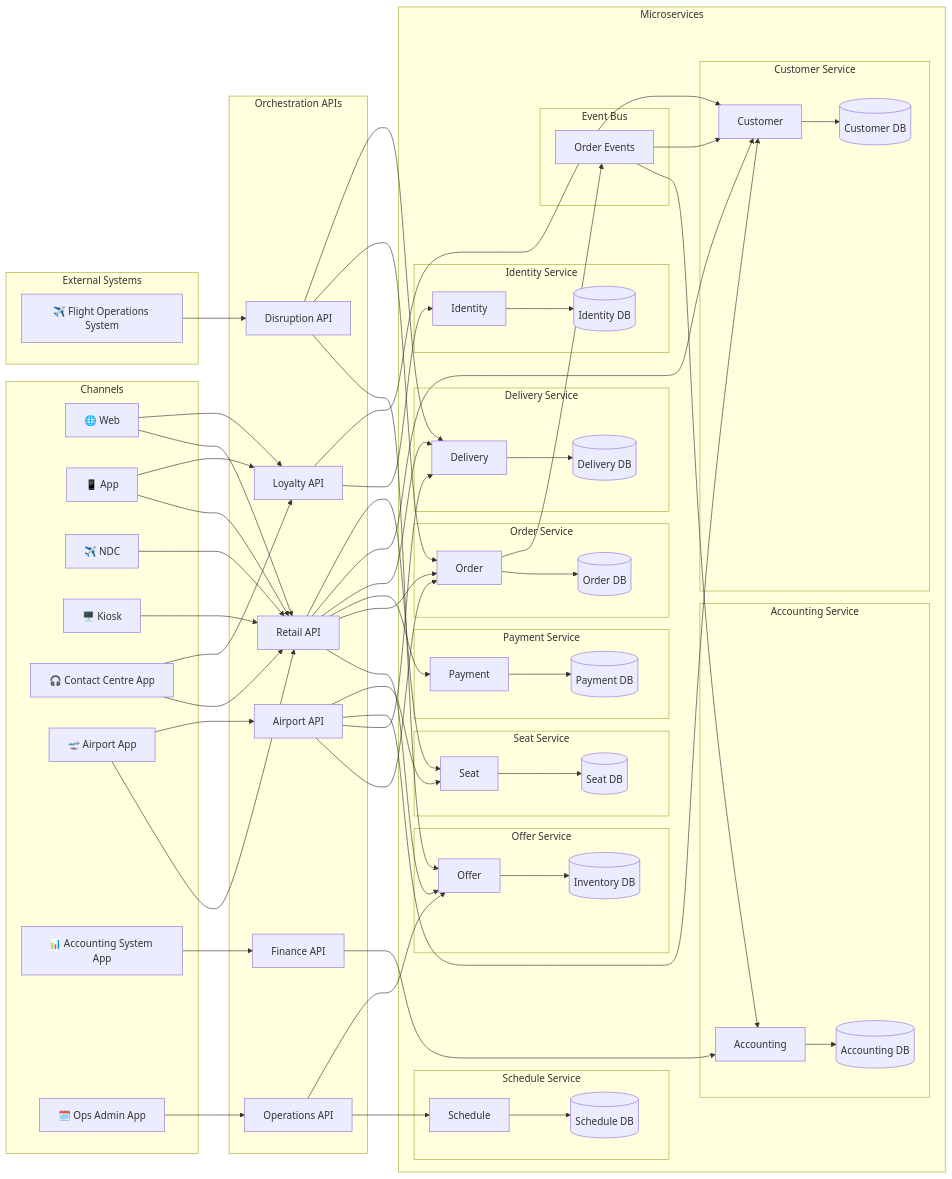
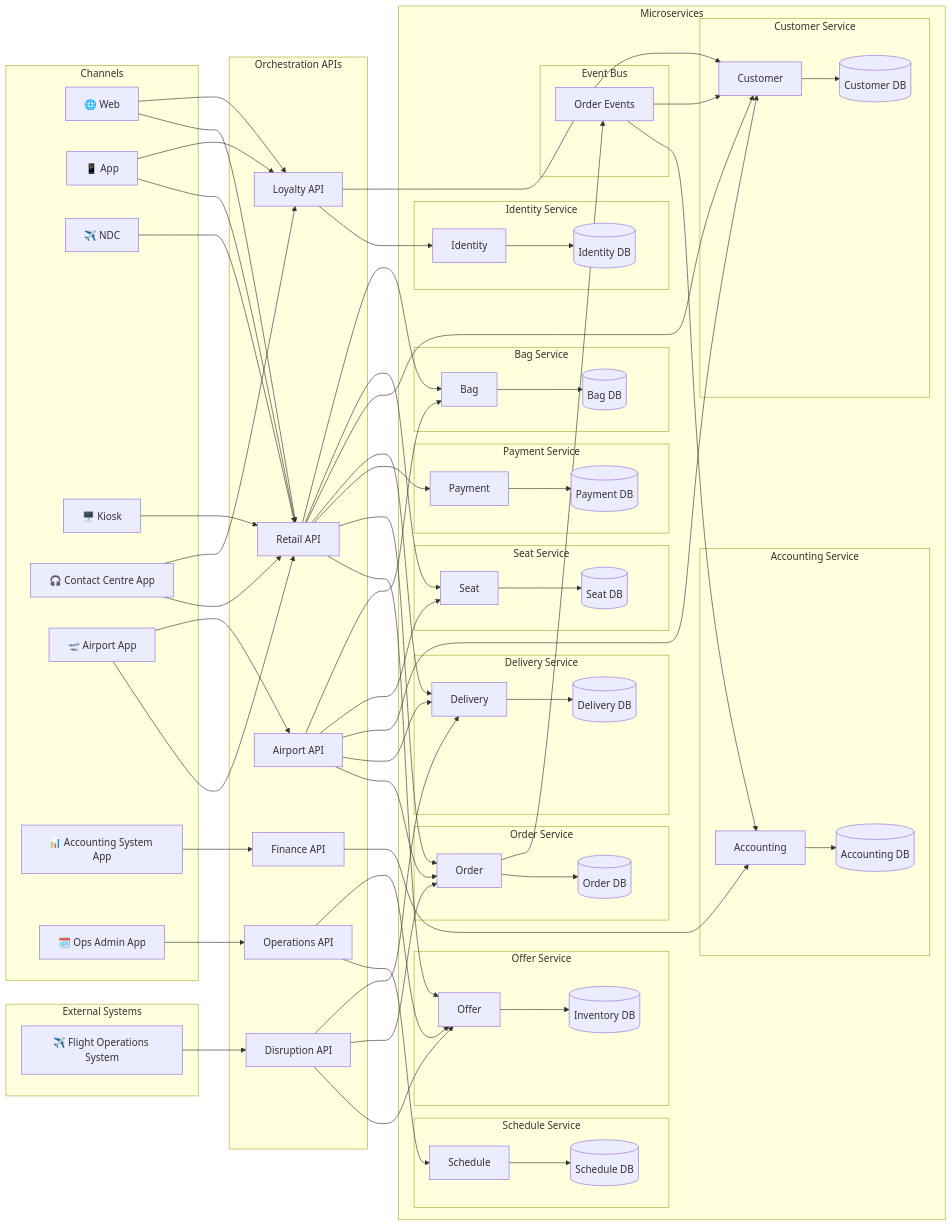
The first of 27 diagrams in documentation/design.md (sebharvey/airline-reservation-system), drawn with Mermaid before and after one commit. The commit also changed other lines of this file, not shown here.

First line of the commit message:
Review and fix PSS architecture design document

```diff
--- a/documentation/design.md
+++ b/documentation/design.md
@@ -249,6 +249,11 @@
             SEAT_DB[(Seat DB)]
         end
 
+        subgraph BAG_SVC["Bag Service"]
+            BAG[Bag]
+            BAG_DB[(Bag DB)]
+        end
+
         subgraph SCHEDULE_SVC["Schedule Service"]
             SCHEDULE[Schedule]
             SCHEDULE_DB[(Schedule DB)]
@@ -271,9 +276,9 @@
     OPS_APP --> OPERATIONS_API
 
     %% Orchestration → Microservices
-    RETAIL_API --> OFFER & ORDER & PAYMENT & DELIVERY & CUSTOMER & SEAT
+    RETAIL_API --> OFFER & ORDER & PAYMENT & DELIVERY & CUSTOMER & SEAT & BAG
     LOYALTY_API --> IDENTITY & CUSTOMER
-    AIRPORT_API --> ORDER & DELIVERY & CUSTOMER & SEAT
+    AIRPORT_API --> ORDER & DELIVERY & CUSTOMER & SEAT & BAG
     FINANCE_API --> ACCOUNTING
     DISRUPTION_API --> OFFER & ORDER & DELIVERY
     OPERATIONS_API --> SCHEDULE & OFFER
@@ -287,6 +292,7 @@
     CUSTOMER --> CUSTOMER_DB
     ACCOUNTING --> ACCOUNTING_DB
     SEAT --> SEAT_DB
+    BAG --> BAG_DB
     SCHEDULE --> SCHEDULE_DB
 
     %% Eventing to Accounting and Customer
```
